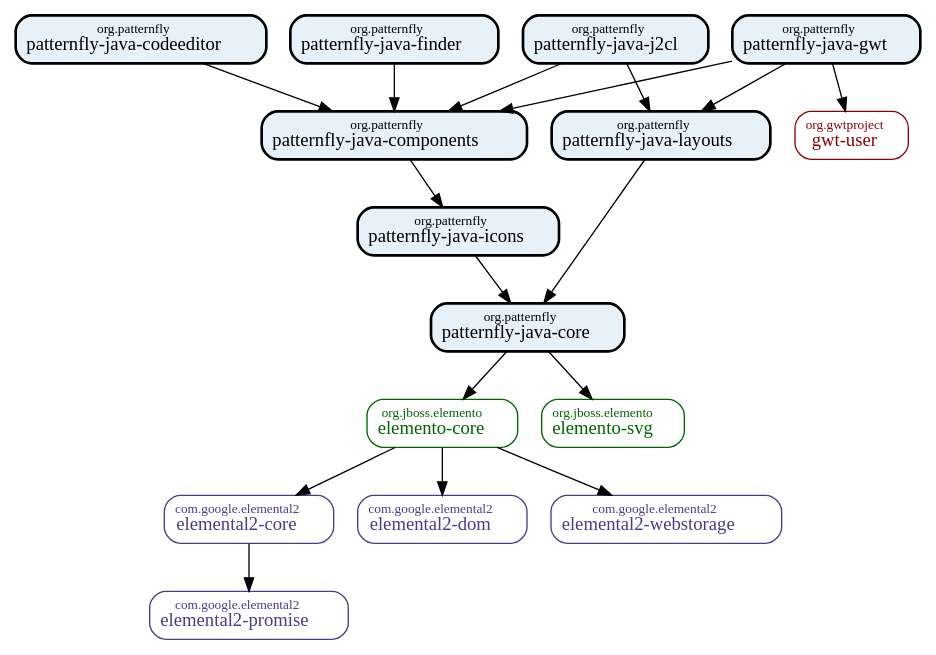
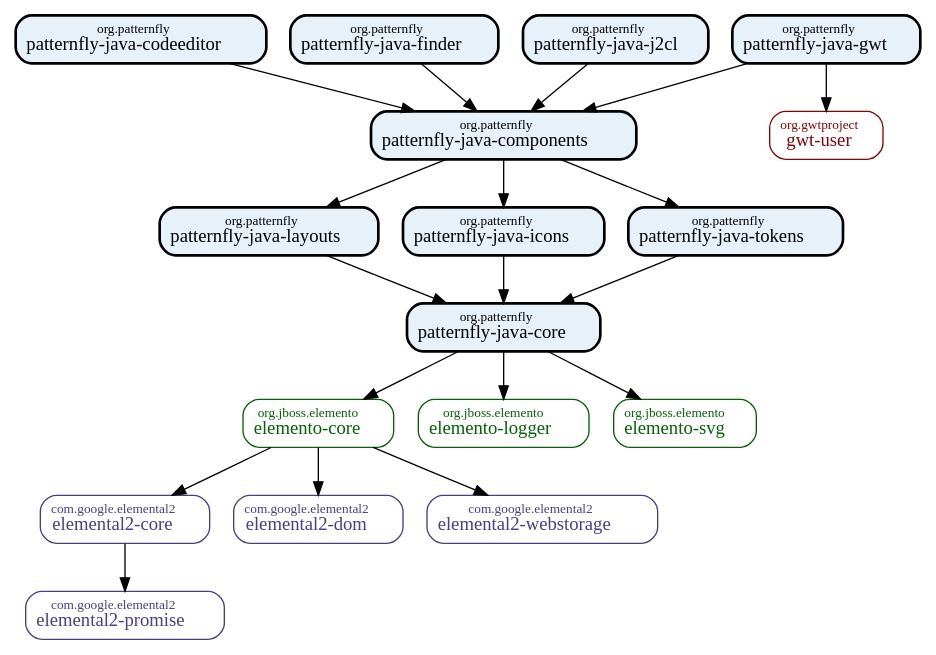
One commit to patternfly-java/patternfly-java changed the diagram in dependency-graph.dot. Above: the diagram before and after it, drawn with Graphviz. The commit also changed 9 other files, not shown here.

```diff
--- a/dependency-graph.dot
+++ b/dependency-graph.dot
@@ -1,40 +1,44 @@
 digraph "patternfly-java-parent" {
   graph [rankdir="TB"]
   node [shape="box",style="rounded",fontname="Helvetica",fontsize="14"]
   edge [fontsize="10",fontname="Helvetica"]
 
   // Node Definitions:
   "com.google.elemental2:elemental2-core:compile"[shape="box",style="rounded",color="darkslateblue",fontname="Red Hat Display",fontsize="14",fontcolor="darkslateblue",label=<<font point-size="10">com.google.elemental2</font><br/>elemental2-core>]
   "com.google.elemental2:elemental2-promise:compile"[shape="box",style="rounded",color="darkslateblue",fontname="Red Hat Display",fontsize="14",fontcolor="darkslateblue",label=<<font point-size="10">com.google.elemental2</font><br/>elemental2-promise>]
   "org.jboss.elemento:elemento-core:compile"[shape="box",style="rounded",color="darkgreen",fontname="Red Hat Display",fontsize="14",fontcolor="darkgreen",label=<<font point-size="10">org.jboss.elemento</font><br/>elemento-core>]
   "com.google.elemental2:elemental2-dom:compile"[shape="box",style="rounded",color="darkslateblue",fontname="Red Hat Display",fontsize="14",fontcolor="darkslateblue",label=<<font point-size="10">com.google.elemental2</font><br/>elemental2-dom>]
   "com.google.elemental2:elemental2-webstorage:compile"[shape="box",style="rounded",color="darkslateblue",fontname="Red Hat Display",fontsize="14",fontcolor="darkslateblue",label=<<font point-size="10">com.google.elemental2</font><br/>elemental2-webstorage>]
   "org.patternfly:patternfly-java-core:compile"[shape="box",style="filled,bold,rounded",fillcolor="#E7F1FA",fontname="Red Hat Display",fontsize="14",label=<<font point-size="10">org.patternfly</font><br/>patternfly-java-core>]
+  "org.jboss.elemento:elemento-logger:compile"[shape="box",style="rounded",color="darkgreen",fontname="Red Hat Display",fontsize="14",fontcolor="darkgreen",label=<<font point-size="10">org.jboss.elemento</font><br/>elemento-logger>]
   "org.jboss.elemento:elemento-svg:compile"[shape="box",style="rounded",color="darkgreen",fontname="Red Hat Display",fontsize="14",fontcolor="darkgreen",label=<<font point-size="10">org.jboss.elemento</font><br/>elemento-svg>]
+  "org.patternfly:patternfly-java-layouts:compile"[shape="box",style="filled,bold,rounded",fillcolor="#E7F1FA",fontname="Red Hat Display",fontsize="14",label=<<font point-size="10">org.patternfly</font><br/>patternfly-java-layouts>]
   "org.patternfly:patternfly-java-icons:compile"[shape="box",style="filled,bold,rounded",fillcolor="#E7F1FA",fontname="Red Hat Display",fontsize="14",label=<<font point-size="10">org.patternfly</font><br/>patternfly-java-icons>]
+  "org.patternfly:patternfly-java-tokens:compile"[shape="box",style="filled,bold,rounded",fillcolor="#E7F1FA",fontname="Red Hat Display",fontsize="14",label=<<font point-size="10">org.patternfly</font><br/>patternfly-java-tokens>]
   "org.patternfly:patternfly-java-components:compile"[shape="box",style="filled,bold,rounded",fillcolor="#E7F1FA",fontname="Red Hat Display",fontsize="14",label=<<font point-size="10">org.patternfly</font><br/>patternfly-java-components>]
   "org.patternfly:patternfly-java-codeeditor:compile"[shape="box",style="filled,bold,rounded",fillcolor="#E7F1FA",fontname="Red Hat Display",fontsize="14",label=<<font point-size="10">org.patternfly</font><br/>patternfly-java-codeeditor>]
   "org.patternfly:patternfly-java-finder:compile"[shape="box",style="filled,bold,rounded",fillcolor="#E7F1FA",fontname="Red Hat Display",fontsize="14",label=<<font point-size="10">org.patternfly</font><br/>patternfly-java-finder>]
-  "org.patternfly:patternfly-java-layouts:compile"[shape="box",style="filled,bold,rounded",fillcolor="#E7F1FA",fontname="Red Hat Display",fontsize="14",label=<<font point-size="10">org.patternfly</font><br/>patternfly-java-layouts>]
   "org.patternfly:patternfly-java-gwt:compile"[shape="box",style="filled,bold,rounded",fillcolor="#E7F1FA",fontname="Red Hat Display",fontsize="14",label=<<font point-size="10">org.patternfly</font><br/>patternfly-java-gwt>]
   "org.gwtproject:gwt-user:compile"[shape="box",style="rounded",color="darkred",fontname="Red Hat Display",fontsize="14",fontcolor="darkred",label=<<font point-size="10">org.gwtproject</font><br/>gwt-user>]
   "org.patternfly:patternfly-java-j2cl:compile"[shape="box",style="filled,bold,rounded",fillcolor="#E7F1FA",fontname="Red Hat Display",fontsize="14",label=<<font point-size="10">org.patternfly</font><br/>patternfly-java-j2cl>]
 
   // Edge Definitions:
   "com.google.elemental2:elemental2-core:compile" -> "com.google.elemental2:elemental2-promise:compile"
   "org.jboss.elemento:elemento-core:compile" -> "com.google.elemental2:elemental2-core:compile"
   "org.jboss.elemento:elemento-core:compile" -> "com.google.elemental2:elemental2-dom:compile"
   "org.jboss.elemento:elemento-core:compile" -> "com.google.elemental2:elemental2-webstorage:compile"
   "org.patternfly:patternfly-java-core:compile" -> "org.jboss.elemento:elemento-core:compile"
+  "org.patternfly:patternfly-java-core:compile" -> "org.jboss.elemento:elemento-logger:compile"
   "org.patternfly:patternfly-java-core:compile" -> "org.jboss.elemento:elemento-svg:compile"
+  "org.patternfly:patternfly-java-layouts:compile" -> "org.patternfly:patternfly-java-core:compile"
   "org.patternfly:patternfly-java-icons:compile" -> "org.patternfly:patternfly-java-core:compile"
+  "org.patternfly:patternfly-java-tokens:compile" -> "org.patternfly:patternfly-java-core:compile"
+  "org.patternfly:patternfly-java-components:compile" -> "org.patternfly:patternfly-java-layouts:compile"
   "org.patternfly:patternfly-java-components:compile" -> "org.patternfly:patternfly-java-icons:compile"
+  "org.patternfly:patternfly-java-components:compile" -> "org.patternfly:patternfly-java-tokens:compile"
   "org.patternfly:patternfly-java-codeeditor:compile" -> "org.patternfly:patternfly-java-components:compile"
   "org.patternfly:patternfly-java-finder:compile" -> "org.patternfly:patternfly-java-components:compile"
-  "org.patternfly:patternfly-java-layouts:compile" -> "org.patternfly:patternfly-java-core:compile"
   "org.patternfly:patternfly-java-gwt:compile" -> "org.patternfly:patternfly-java-components:compile"
-  "org.patternfly:patternfly-java-gwt:compile" -> "org.patternfly:patternfly-java-layouts:compile"
   "org.patternfly:patternfly-java-gwt:compile" -> "org.gwtproject:gwt-user:compile"
   "org.patternfly:patternfly-java-j2cl:compile" -> "org.patternfly:patternfly-java-components:compile"
-  "org.patternfly:patternfly-java-j2cl:compile" -> "org.patternfly:patternfly-java-layouts:compile"
 }
```
